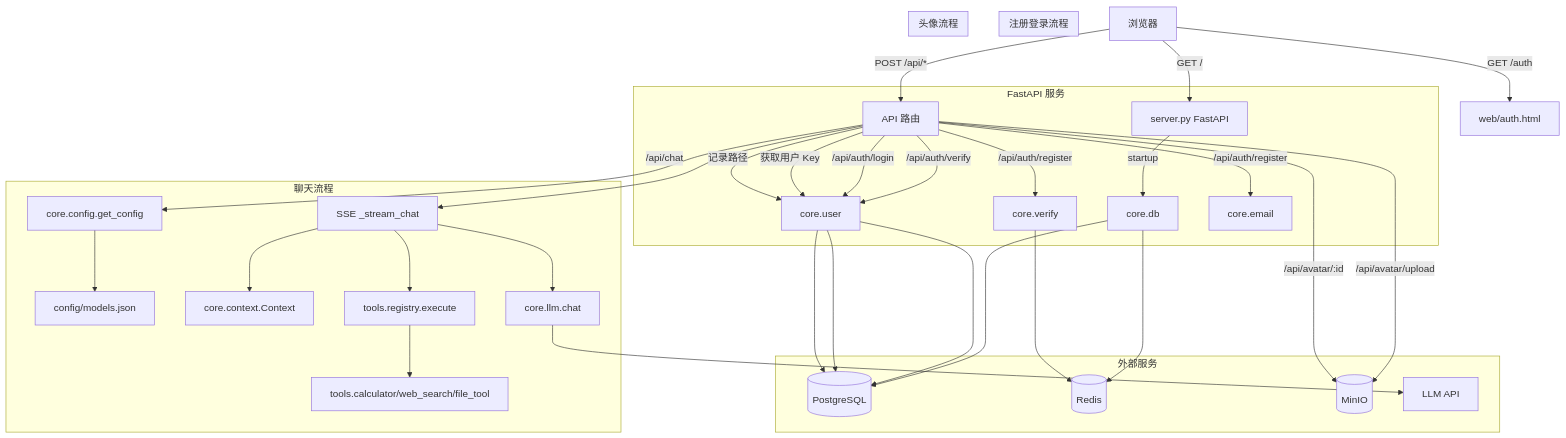
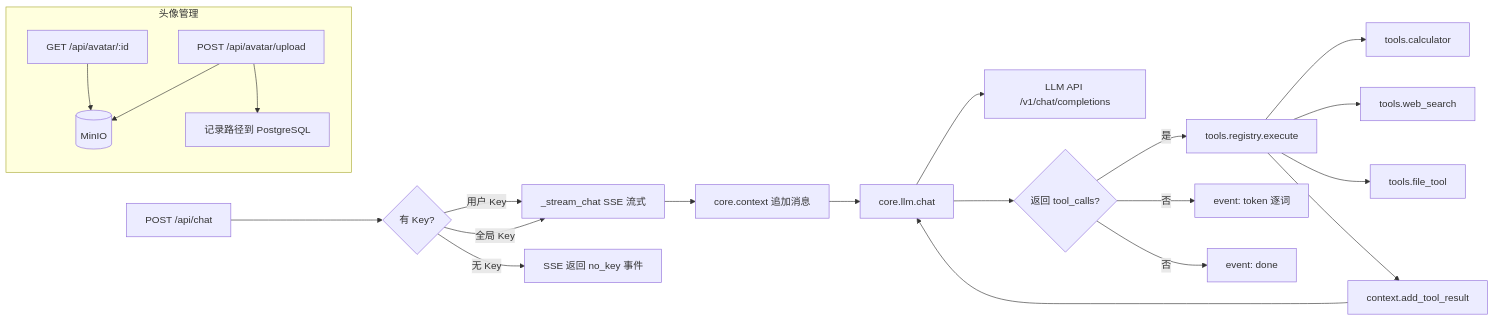
Before and after one commit to theking0912/mini-agent: the fourth of 7 diagrams in README.md, drawn with Mermaid. The commit also changed other lines of this file, not shown here.

Commit message:
refactor: 将 Web UI 大图拆为 3 张独立小图（服务拓扑 / 注册登录 / 聊天工具体系）

````diff
--- a/README.md
+++ b/README.md
@@ -280,55 +332,28 @@
 ```mermaid
-flowchart TB
-    B[浏览器] -->|GET /| S[server.py FastAPI]
-    B -->|GET /auth| AUTH[web/auth.html]
-    B -->|POST /api/*| API[API 路由]
-    
-    subgraph FastAPI 服务
-        S
-        API
-        DB[core.db]
-        USER[core.user]
-        VER[core.verify]
-        EMAIL[core.email]
-    end
-    
-    subgraph 外部服务
-        PG[(PostgreSQL)]
-        RD[(Redis)]
-        MI[(MinIO)]
-        LLM_API[LLM API]
-    end
-    
-    S -->|startup| DB
-    DB --> PG
-    DB --> RD
-    
-    subgraph 注册登录流程
-        API -->|/api/auth/register| VER
-        API -->|/api/auth/register| EMAIL
-        VER --> RD
-        API -->|/api/auth/verify| USER
-        USER --> PG
-        API -->|/api/auth/login| USER
-        USER --> PG
-    end
-    
-    subgraph 聊天流程
-        API -->|/api/chat| CFG[core.config.get_config]
-        CFG --> MD[config/models.json]
-        API -->|获取用户 Key| USER
-        API --> SSE[SSE _stream_chat]
-        SSE --> CTX[core.context.Context]
-        SSE --> LLM[core.llm.chat]
-        LLM --> LLM_API
-        SSE --> REG[tools.registry.execute]
-        REG --> TOOLS[tools.calculator/web_search/file_tool]
-    end
-    
-    subgraph 头像流程
-        API -->|/api/avatar/upload| MI
-        API -->|/api/avatar/:id| MI
-        API -->|记录路径| USER
-        USER --> PG
+flowchart LR
+    CHAT[POST /api/chat] --> KEY{有 Key?}
+    KEY -->|用户 Key| SSE[_stream_chat SSE 流式]
+    KEY -->|全局 Key| SSE
+    KEY -->|无 Key| NOKEY[SSE 返回 no_key 事件]
+
+    SSE --> CTX[core.context 追加消息]
+    CTX --> LLM[core.llm.chat]
+    LLM --> APIIN[LLM API /v1/chat/completions]
+
+    LLM --> LOOP{返回 tool_calls?}
+    LOOP -->|是| REG[tools.registry.execute]
+    REG --> CAL[tools.calculator]
+    REG --> WEB[tools.web_search]
+    REG --> FIL[tools.file_tool]
+    REG --> CTX2[context.add_tool_result]
+    CTX2 --> LLM
+
+    LOOP -->|否| TOKEN[event: token 逐词]
+    LOOP -->|否| DONE[event: done]
+
+    subgraph 头像管理
+        UPLOAD[POST /api/avatar/upload] --> MI[(MinIO)]
+        AVATAR[GET /api/avatar/:id] --> MI
+        UPLOAD --> USERDB[记录路径到 PostgreSQL]
     end
 ```
````
